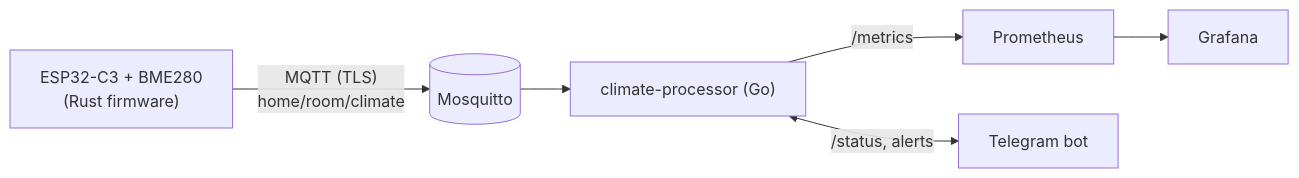
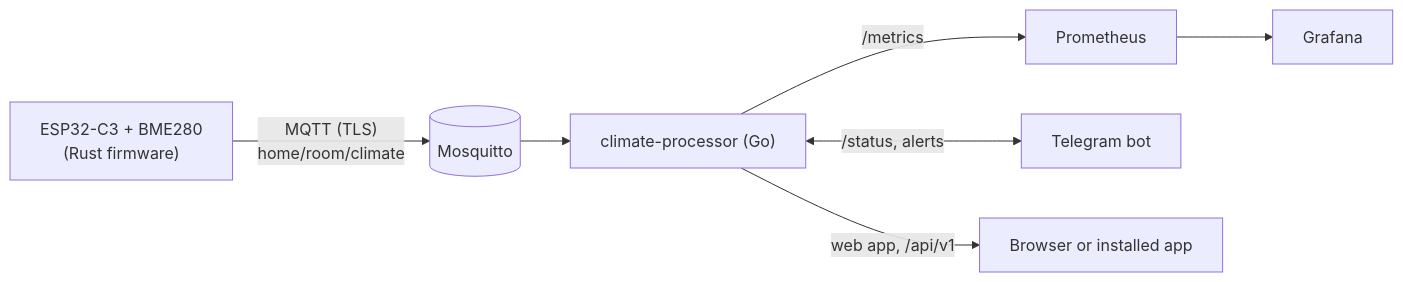
The first of 2 diagrams in README.md (Nurs717/climate-processor), drawn with Mermaid before and after one commit. The commit also changed other lines of this file, not shown here.

Commit message:
docs: describe the web app, the REST API and the sign-in in the README

````diff
--- a/README.md
+++ b/README.md
@@ -6,7 +8,8 @@
 ```mermaid
 flowchart LR
     S["ESP32-C3 + BME280<br/>(Rust firmware)"] -- "MQTT (TLS)<br/>home/room/climate" --> B[(Mosquitto)]
     B --> G["climate-processor (Go)"]
     G -- "/metrics" --> P[Prometheus] --> D[Grafana]
     G <-- "/status, alerts" --> T[Telegram bot]
+    G -- "web app, /api/v1" --> W["Browser or installed app"]
 ```
````
